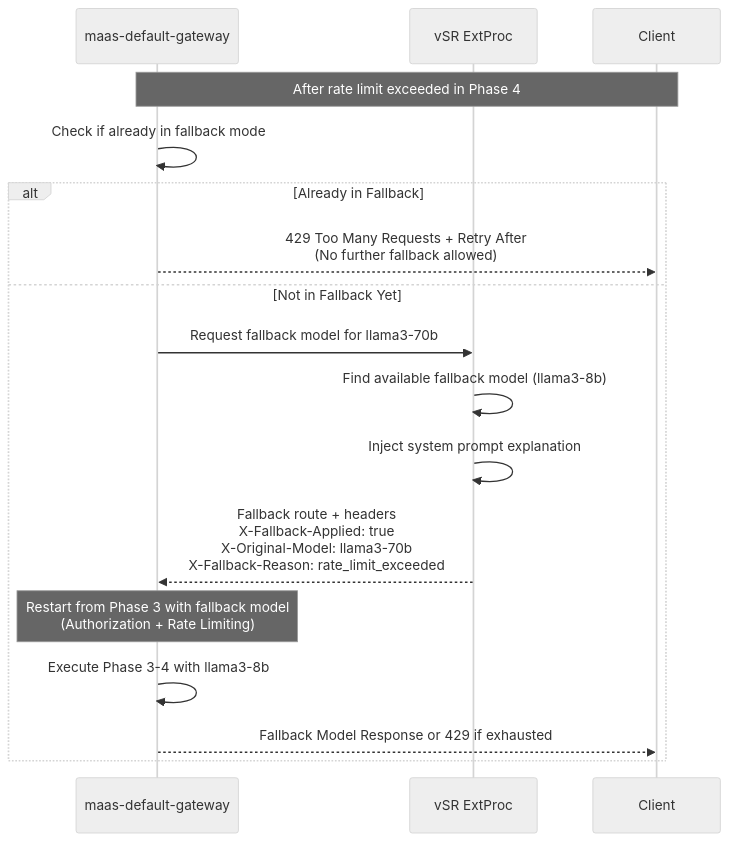
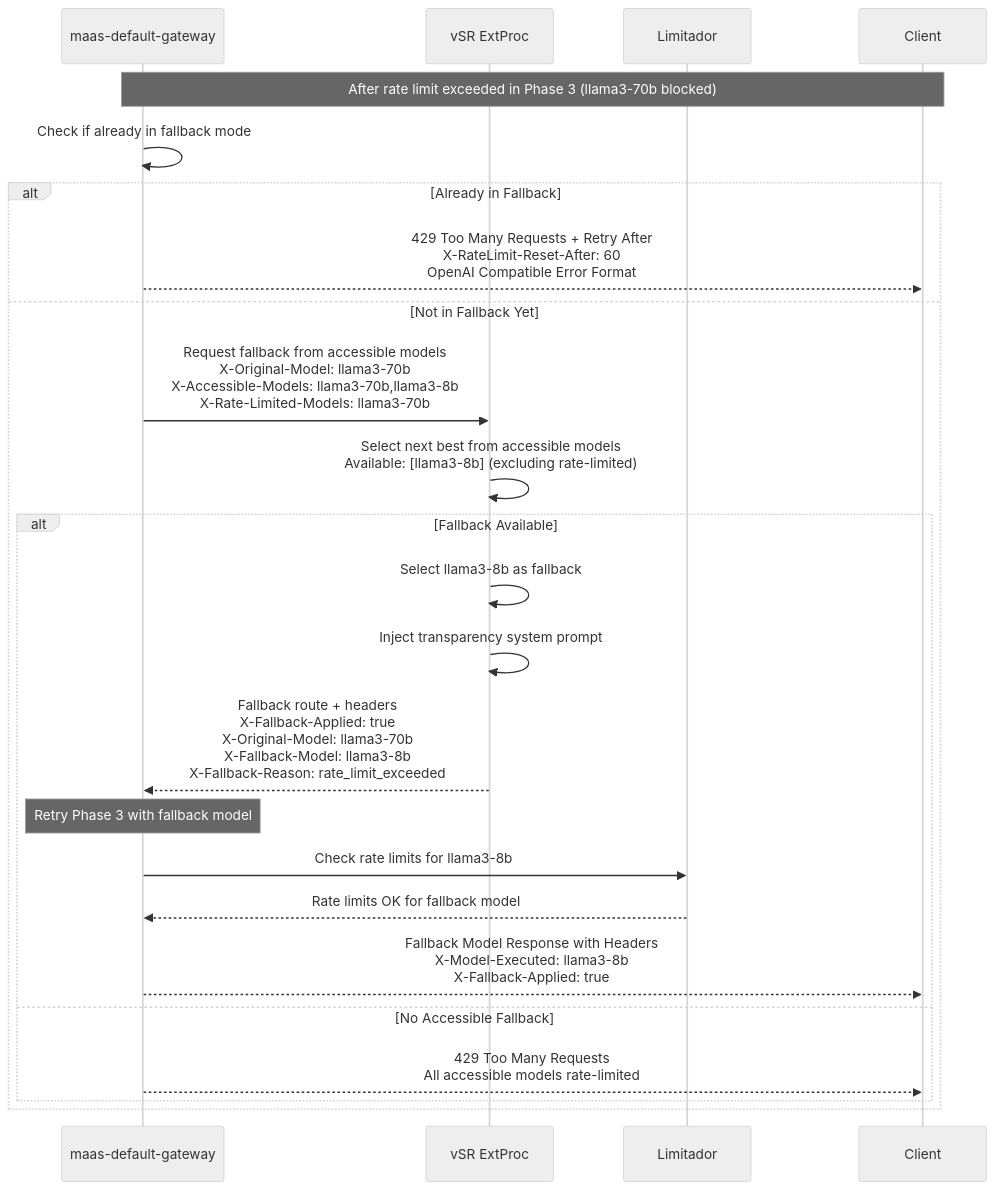
One commit to noyitz/maas-billing changed diagram 15 of 18 in docs/designs/vSR-Integration/README.md. Above: the diagram before and after it, drawn with Mermaid (neutral theme). The commit also changed other lines of this file, not shown here.

````diff
--- a/docs/designs/vSR-Integration/README.md
+++ b/docs/designs/vSR-Integration/README.md
@@ -490,22 +666,31 @@
 ```mermaid
 sequenceDiagram
     participant Gateway as maas-default-gateway
     participant vSR as vSR ExtProc
+    participant Limitador
     participant Client
     
-    Note over Gateway,Client: After rate limit exceeded in Phase 4
+    Note over Gateway,Client: After rate limit exceeded in Phase 3 (llama3-70b blocked)
     Gateway->>Gateway: Check if already in fallback mode
     
     alt Already in Fallback
-        Gateway-->>Client: 429 Too Many Requests + Retry After<br/>(No further fallback allowed)
+        Gateway-->>Client: 429 Too Many Requests + Retry After<br/>X-RateLimit-Reset-After: 60<br/>OpenAI Compatible Error Format
     else Not in Fallback Yet
-        Gateway->>vSR: Request fallback model for llama3-70b
-        vSR->>vSR: Find available fallback model (llama3-8b)
-        vSR->>vSR: Inject system prompt explanation
-        vSR-->>Gateway: Fallback route + headers<br/>X-Fallback-Applied: true<br/>X-Original-Model: llama3-70b<br/>X-Fallback-Reason: rate_limit_exceeded
+        Gateway->>vSR: Request fallback from accessible models<br/>X-Original-Model: llama3-70b<br/>X-Accessible-Models: llama3-70b,llama3-8b<br/>X-Rate-Limited-Models: llama3-70b
         
-        Note over Gateway: Restart from Phase 3 with fallback model<br/>(Authorization + Rate Limiting)
-        Gateway->>Gateway: Execute Phase 3-4 with llama3-8b
-        Gateway-->>Client: Fallback Model Response or 429 if exhausted
+        vSR->>vSR: Select next best from accessible models<br/>Available: [llama3-8b] (excluding rate-limited)
+        
+        alt Fallback Available
+            vSR->>vSR: Select llama3-8b as fallback
+            vSR->>vSR: Inject transparency system prompt
+            vSR-->>Gateway: Fallback route + headers<br/>X-Fallback-Applied: true<br/>X-Original-Model: llama3-70b<br/>X-Fallback-Model: llama3-8b<br/>X-Fallback-Reason: rate_limit_exceeded
+            
+            Note over Gateway: Retry Phase 3 with fallback model
+            Gateway->>Limitador: Check rate limits for llama3-8b
+            Limitador-->>Gateway: Rate limits OK for fallback model
+            Gateway-->>Client: Fallback Model Response with Headers<br/>X-Model-Executed: llama3-8b<br/>X-Fallback-Applied: true
+        else No Accessible Fallback
+            Gateway-->>Client: 429 Too Many Requests<br/>All accessible models rate-limited
+        end
     end
 ```
````
